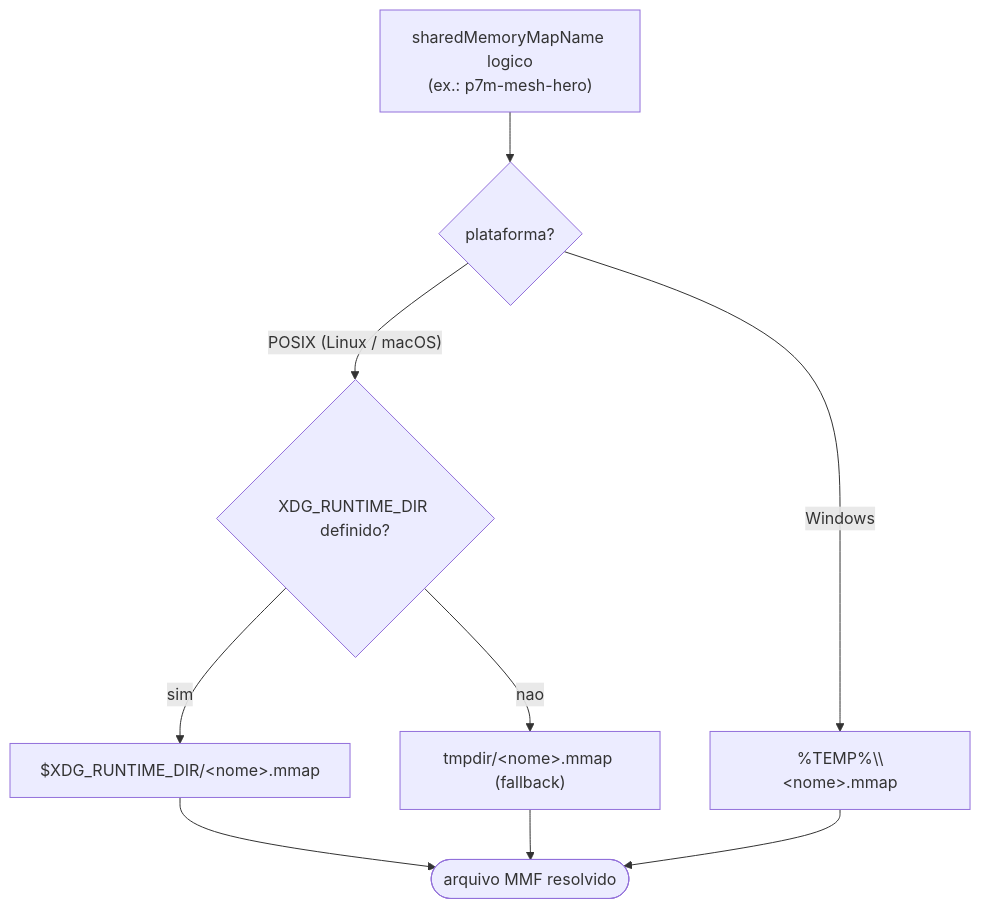
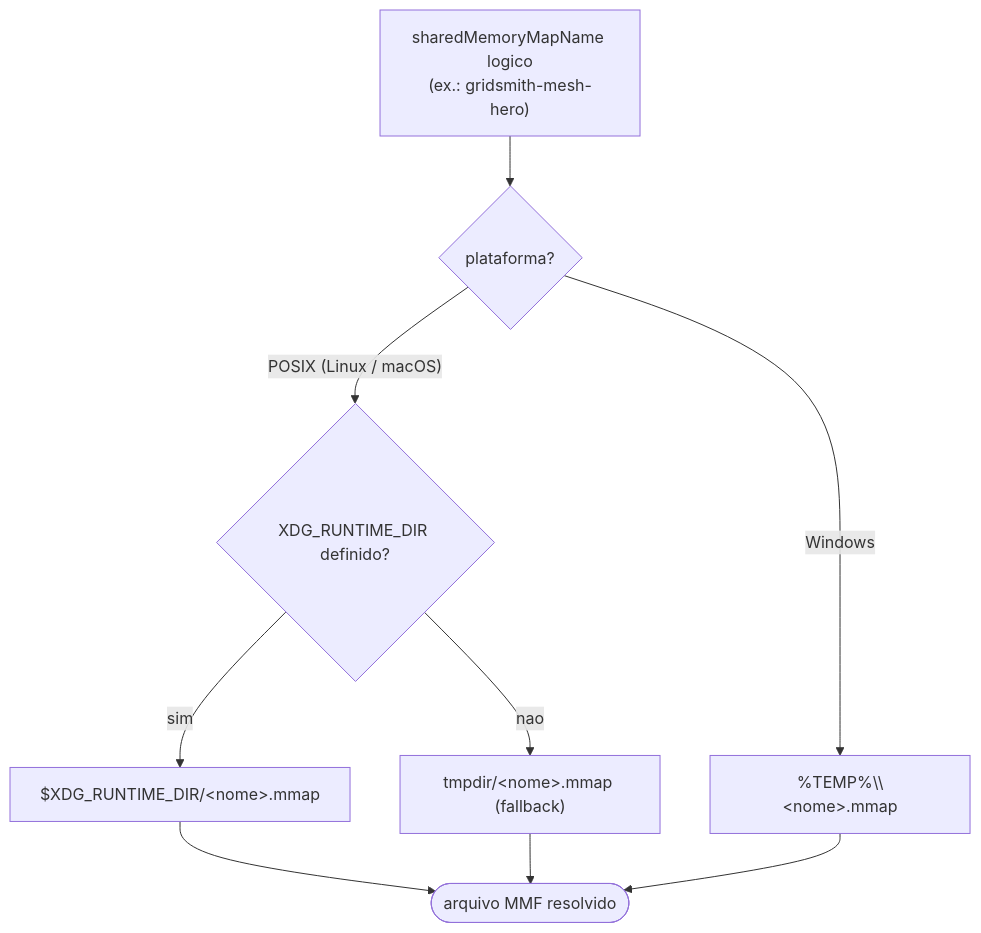
One commit to flaviotinococoutinho/Gridsmith changed the second of 3 diagrams in contracts/shared-memory-layout.md. Above: the diagram before and after it, drawn with Mermaid. The commit also changed other lines of this file and 220 other files, not shown here.

````diff
--- a/contracts/shared-memory-layout.md
+++ b/contracts/shared-memory-layout.md
@@ -45,11 +45,11 @@
 ```mermaid
 graph TD
-  A["sharedMemoryMapName logico<br/>(ex.: p7m-mesh-hero)"] --> B{"plataforma?"}
+  A["sharedMemoryMapName logico<br/>(ex.: gridsmith-mesh-hero)"] --> B{"plataforma?"}
   B -->|"POSIX (Linux / macOS)"| C{"XDG_RUNTIME_DIR definido?"}
   C -->|"sim"| D["$XDG_RUNTIME_DIR/&lt;nome&gt;.mmap"]
   C -->|"nao"| E["tmpdir/&lt;nome&gt;.mmap (fallback)"]
   B -->|"Windows"| F["%TEMP%\\&lt;nome&gt;.mmap"]
   D --> G(["arquivo MMF resolvido"])
   E --> G
   F --> G
 ```
````
